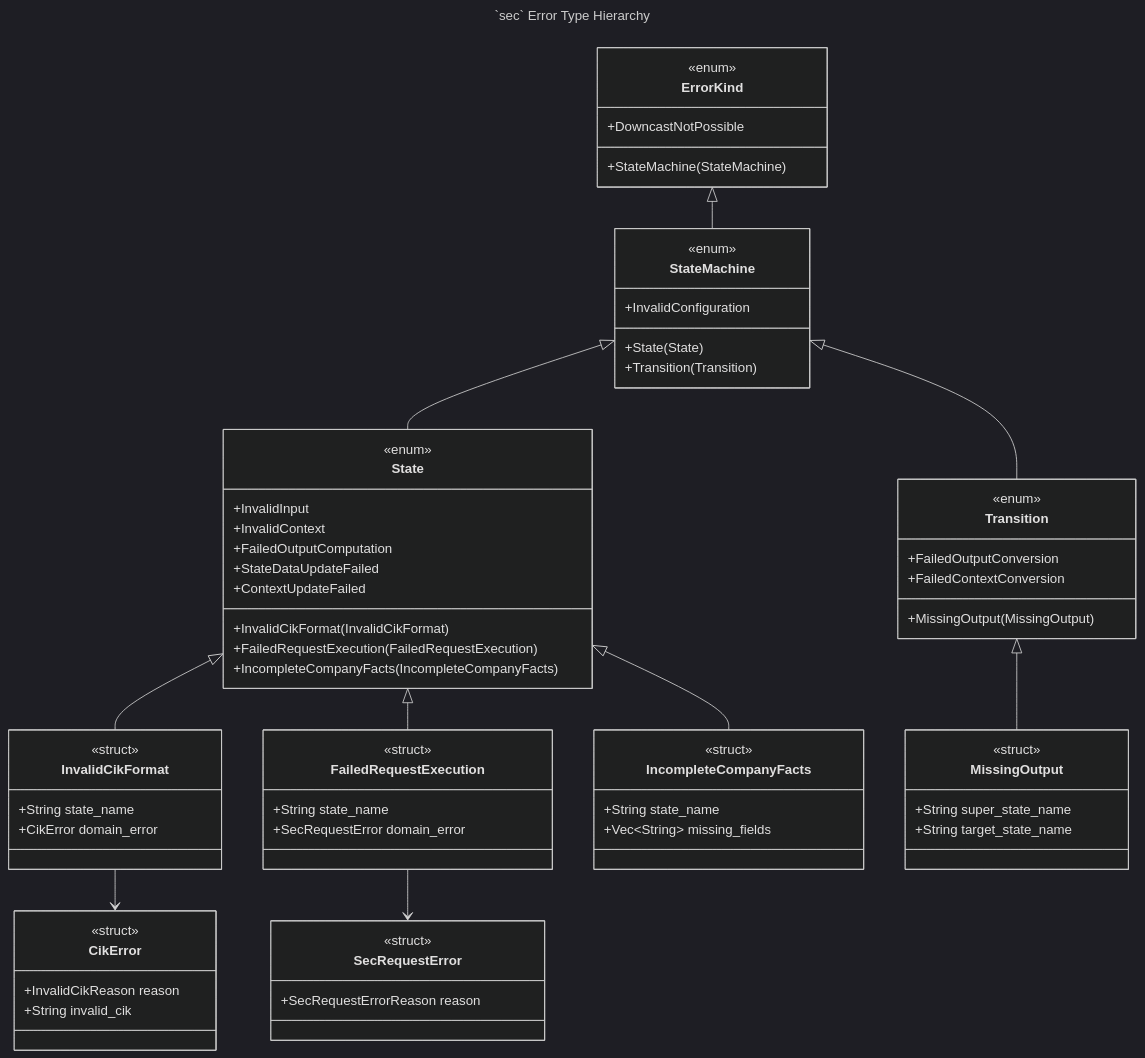
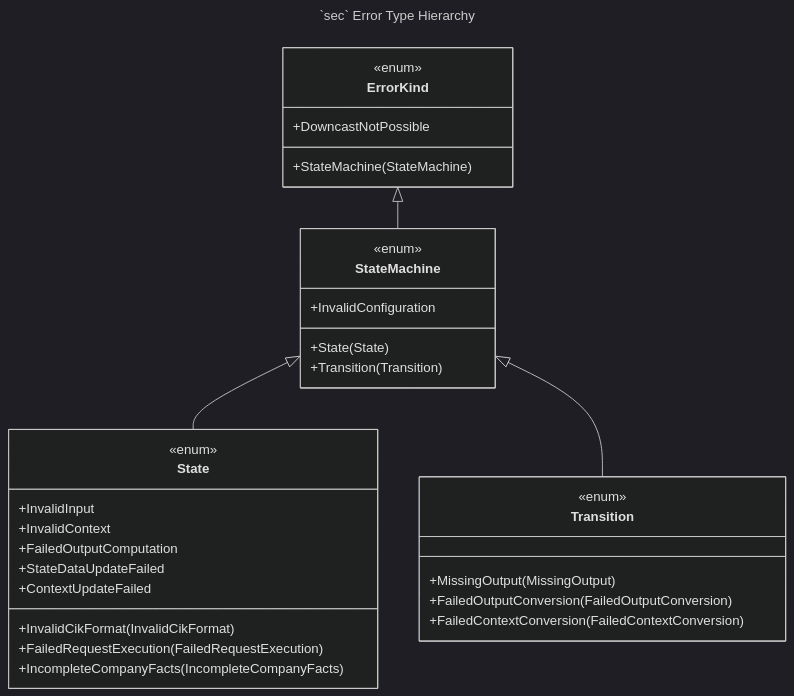
One commit to ironcapitaleu/arkad changed the third of 3 diagrams in README.md. Above: the diagram before and after it, drawn with Mermaid (dark theme). The commit also changed other lines of this file and 2 other files, not shown here.

Commit message:
doc: update README files to be consistent + simplify some Mermaid diagrams

````diff
--- a/README.md
+++ b/README.md
@@ -147,72 +85,37 @@
 ```mermaid
 ---
 title: "`sec` Error Type Hierarchy"
 ---
 classDiagram
     class ErrorKind{
         <<enum>>
         +StateMachine(StateMachine)
         +DowncastNotPossible
     }
     class StateMachine{
         <<enum>>
+        +InvalidConfiguration
         +State(State)
         +Transition(Transition)
-        +InvalidConfiguration
     }
     class State {
         <<enum>>
         +InvalidCikFormat(InvalidCikFormat)
         +FailedRequestExecution(FailedRequestExecution)
         +IncompleteCompanyFacts(IncompleteCompanyFacts)
         +InvalidInput
         +InvalidContext
         +FailedOutputComputation
         +StateDataUpdateFailed
         +ContextUpdateFailed
     }
     class Transition {
         <<enum>>
         +MissingOutput(MissingOutput)
-        +FailedOutputConversion
-        +FailedContextConversion
-    }
-    class InvalidCikFormat{
-        <<struct>>
-        +String state_name
-        +CikError domain_error
-    }
-    class FailedRequestExecution{
-        <<struct>>
-        +String state_name
-        +SecRequestError domain_error
-    }
-    class IncompleteCompanyFacts{
-        <<struct>>
-        +String state_name
-        +Vec~String~ missing_fields
-    }
-    class MissingOutput{
-        <<struct>>
-        +String super_state_name
-        +String target_state_name
-    }
-    class CikError{
-        <<struct>>
-        +InvalidCikReason reason
-        +String invalid_cik
-    }
-    class SecRequestError{
-        <<struct>>
-        +SecRequestErrorReason reason
+        +FailedOutputConversion(FailedOutputConversion)
+        +FailedContextConversion(FailedContextConversion)
     }
     ErrorKind <|-- StateMachine
     StateMachine <|-- State
     StateMachine <|-- Transition
-    State <|-- InvalidCikFormat
-    State <|-- FailedRequestExecution
-    State <|-- IncompleteCompanyFacts
-    Transition <|-- MissingOutput
-    InvalidCikFormat --> CikError
-    FailedRequestExecution --> SecRequestError
 ```
````
